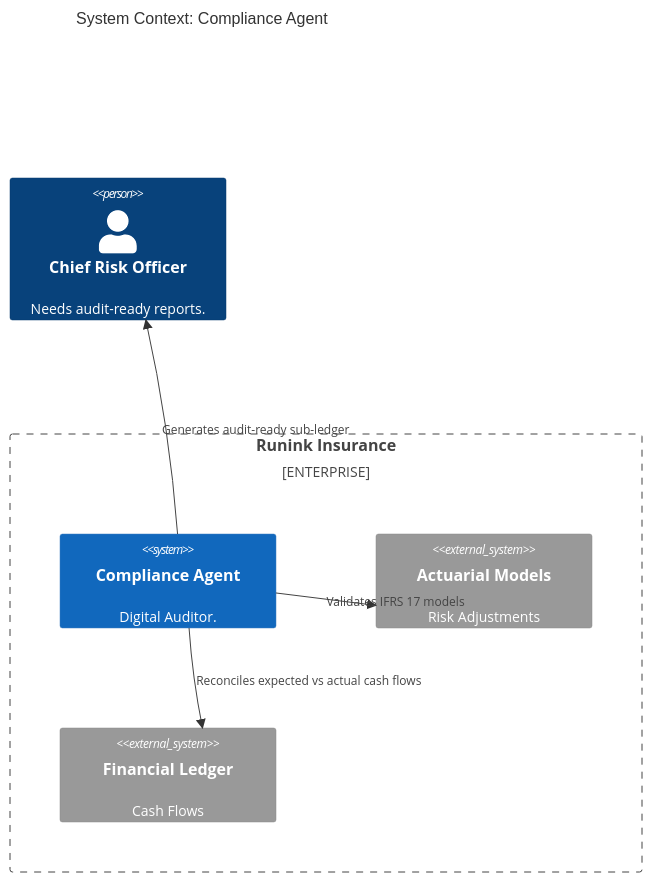
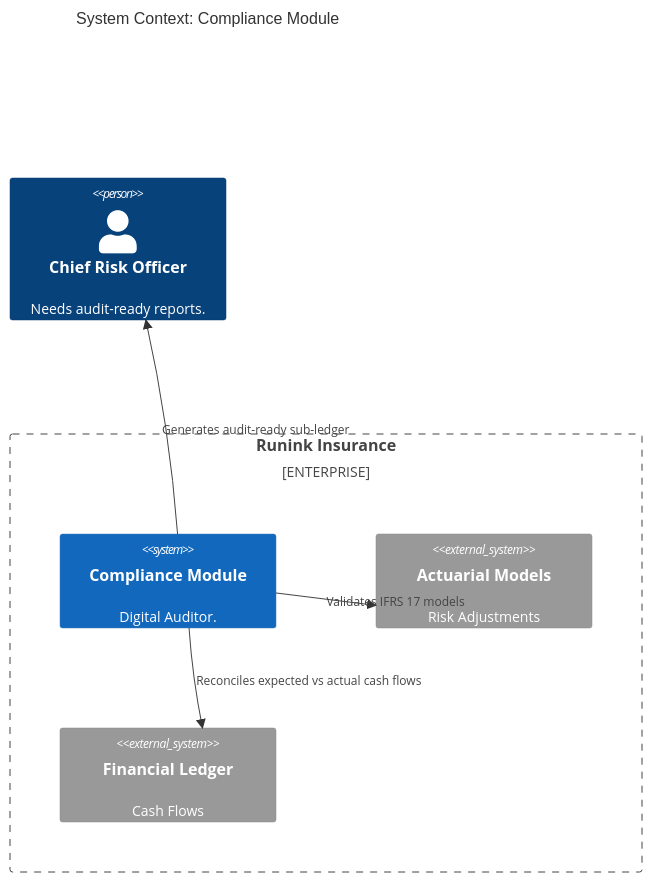
Before and after one commit to org-runink/site: the diagram in content/use-cases/compliance.md, drawn with Mermaid. The commit also changed other lines of this file and 93 other files, not shown here.

```diff
--- a/content/use-cases/compliance.md
+++ b/content/use-cases/compliance.md
@@ -51,18 +51,18 @@
              <div class="mermaid">
              C4Context
-                title System Context: Compliance Agent
+                title System Context: Compliance Module
                 
                 Person(officer, "Chief Risk Officer", "Needs audit-ready reports.")
                 
                 Enterprise_Boundary(b0, "Runink Insurance") {
-                    System(agent, "Compliance Agent", "Digital Auditor.")
+                    System(agent, "Compliance Module", "Digital Auditor.")
                     
                     System_Ext(actuarial, "Actuarial Models", "Risk Adjustments")
                     System_Ext(erp, "Financial Ledger", "Cash Flows")
                 }
 
                 Rel(agent, actuarial, "Validates IFRS 17 models")
                 Rel(agent, erp, "Reconciles expected vs actual cash flows")
                 Rel(agent, officer, "Alerts on compliance deviation")
                 Rel(agent, officer, "Generates audit-ready sub-ledger")
              </div>
```
